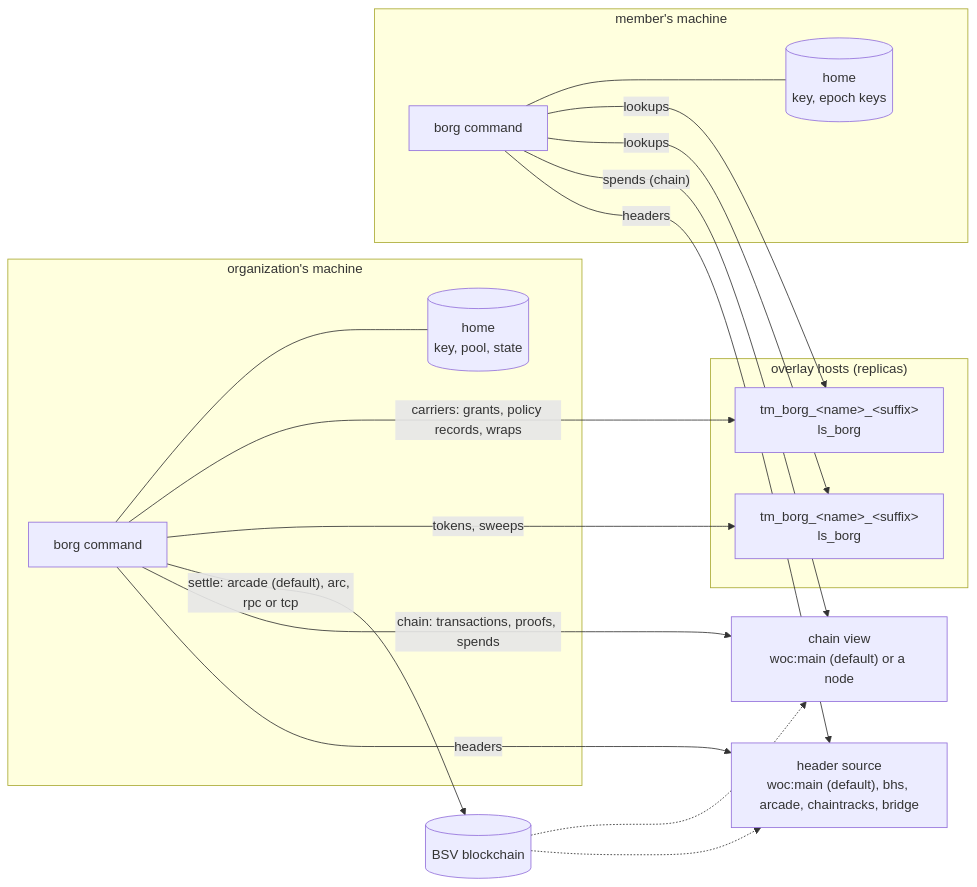
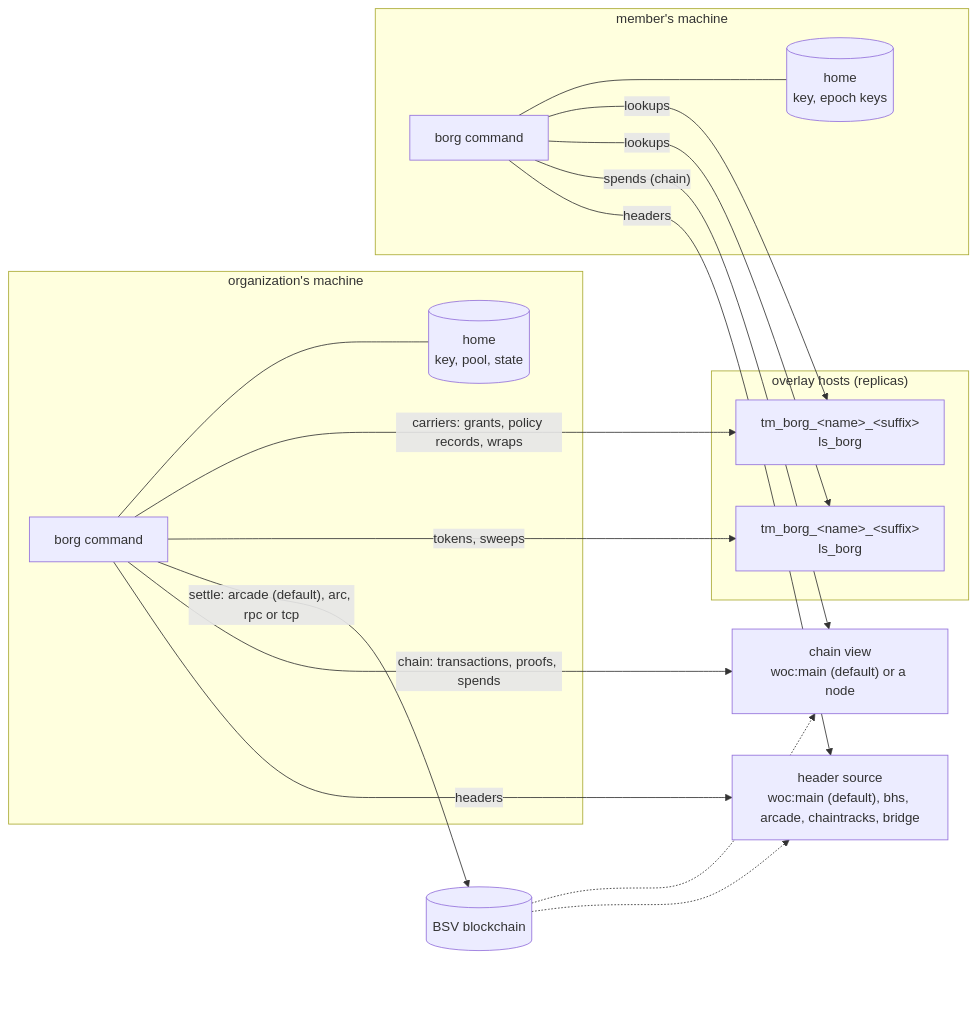
The diagram in docs/architecture.md (lightwebinc/borg), drawn with Mermaid before and after one commit. The commit also changed 2 other files, not shown here.

Commit message:
[Fix] diagrams: a spacer where the viewer's controls land
The rendered viewer places a 3x3 zoom and pan panel over the diagram's
bottom-right corner, and the flowchart renderer in the viewer's mermaid
build does not read diagramPadding (the viewer sets it to 48 itself, to no
effect). So the padding is content: an invisible node in the rightmost
rank, below its last node, which is what the panel now covers.

````diff
--- a/docs/architecture.md
+++ b/docs/architecture.md
@@ -8,25 +8,29 @@
 ```mermaid
-%%{init: {"flowchart": {"diagramPadding": 48}}}%%
 flowchart LR
   subgraph org["organization's machine"]
     OB["borg command"] --- OH[("home<br/>key, pool, state")]
   end
   subgraph member["member's machine"]
     MB["borg command"] --- MH[("home<br/>key, epoch keys")]
   end
   subgraph hosts["overlay hosts (replicas)"]
     H1["tm_borg_&lt;name&gt;_&lt;suffix&gt;<br/>ls_borg"]
     H2["tm_borg_&lt;name&gt;_&lt;suffix&gt;<br/>ls_borg"]
   end
   OB -->|"carriers: grants, policy records, wraps"| H1
   OB -->|"tokens, sweeps"| H2
   OB -->|"settle: arcade (default), arc, rpc or tcp"| BSV[("BSV blockchain")]
   OB -->|"chain: transactions, proofs, spends"| N["chain view<br/>woc:main (default) or a node"]
   MB -->|lookups| H1
   MB -->|lookups| H2
   MB -->|"spends (chain)"| N
   OB -->|headers| HS["header source<br/>woc:main (default), bhs, arcade, chaintracks, bridge"]
   MB -->|headers| HS
   BSV -.-> N
   BSV -.-> HS
+  %% The last node is an invisible spacer in the rightmost rank: the rendered
+  %% viewer places its zoom and pan controls over the bottom-right corner.
+  BSV ~~~ pad
+  pad["&nbsp;<br/>&nbsp;<br/>&nbsp;<br/>&nbsp;<br/>&nbsp;"]:::pad
+  classDef pad fill:none,stroke:none,color:transparent
 ```
````
